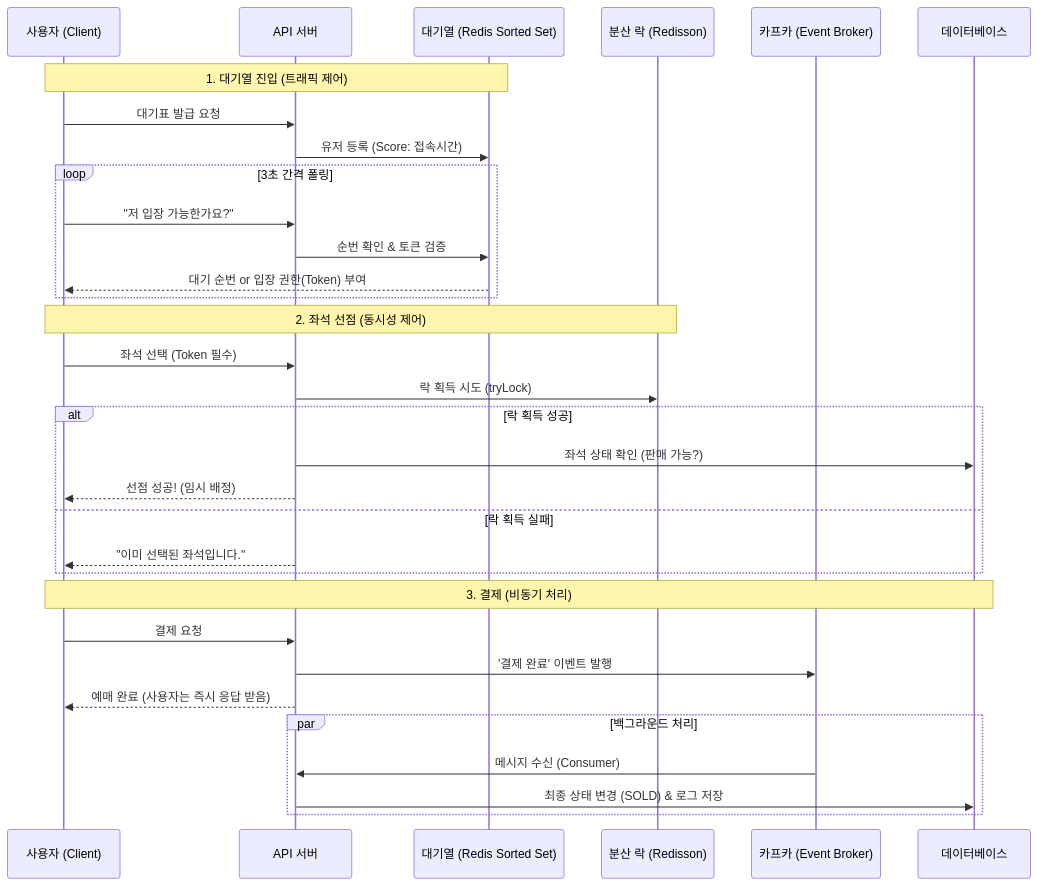
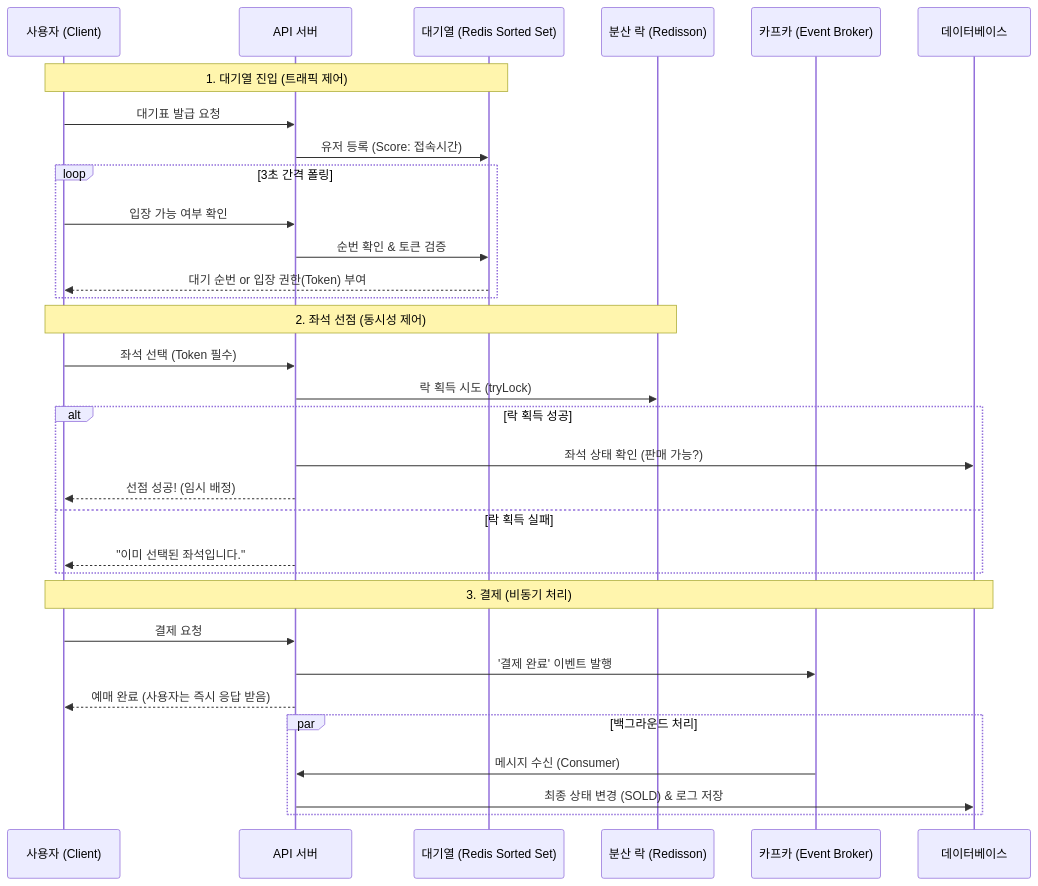
One commit to yunnhho/ticketing-system changed the diagram in Readme.md. Above: the diagram before and after it, drawn with Mermaid. The commit also changed other lines of this file, not shown here.

````diff
--- a/Readme.md
+++ b/Readme.md
@@ -48,38 +44,38 @@
 ```mermaid
 sequenceDiagram
     participant User as 사용자 (Client)
     participant Server as API 서버
     participant Queue as 대기열 (Redis Sorted Set)
     participant Lock as 분산 락 (Redisson)
     participant Kafka as 카프카 (Event Broker)
     participant DB as 데이터베이스
 
     Note over User, Queue: 1. 대기열 진입 (트래픽 제어)
     User->>Server: 대기표 발급 요청
     Server->>Queue: 유저 등록 (Score: 접속시간)
     loop 3초 간격 폴링
-        User->>Server: "저 입장 가능한가요?"
+        User->>Server: 입장 가능 여부 확인
         Server->>Queue: 순번 확인 & 토큰 검증
         Queue-->>User: 대기 순번 or 입장 권한(Token) 부여
     end
     
     Note over User, Lock: 2. 좌석 선점 (동시성 제어)
     User->>Server: 좌석 선택 (Token 필수)
     Server->>Lock: 락 획득 시도 (tryLock)
     alt 락 획득 성공
         Server->>DB: 좌석 상태 확인 (판매 가능?)
         Server-->>User: 선점 성공! (임시 배정)
     else 락 획득 실패
         Server-->>User: "이미 선택된 좌석입니다."
     end
 
     Note over User, DB: 3. 결제 (비동기 처리)
     User->>Server: 결제 요청
     Server->>Kafka: '결제 완료' 이벤트 발행
     Server-->>User: 예매 완료 (사용자는 즉시 응답 받음)
     
     par 백그라운드 처리
         Kafka->>Server: 메시지 수신 (Consumer)
         Server->>DB: 최종 상태 변경 (SOLD) & 로그 저장
     end
 ```
````
